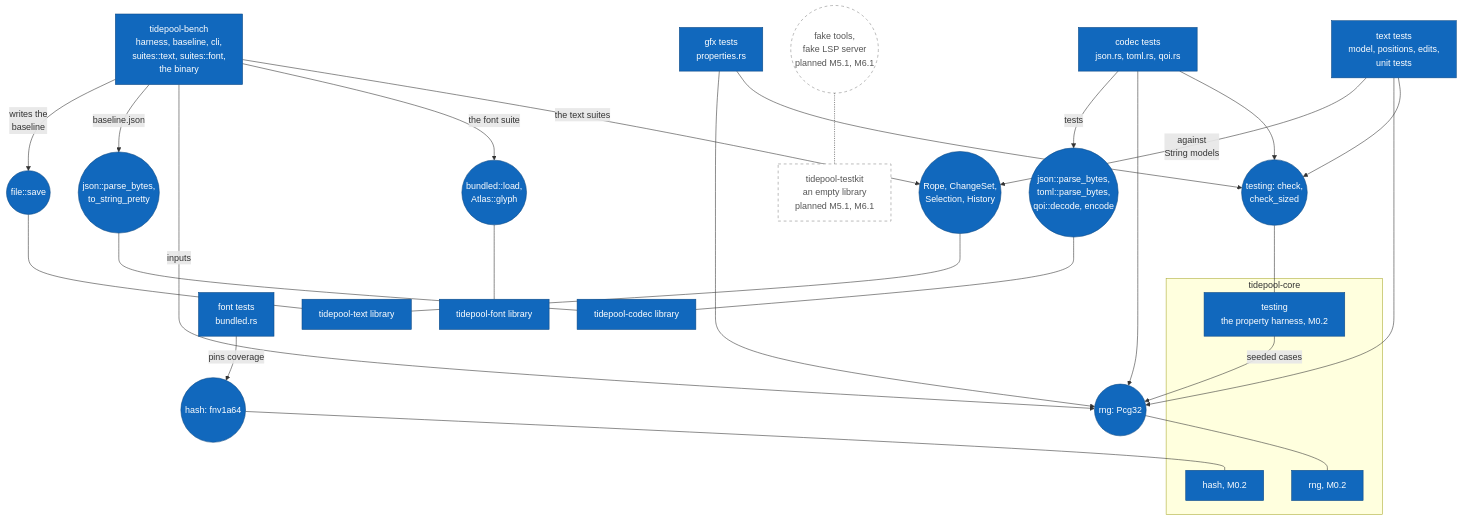
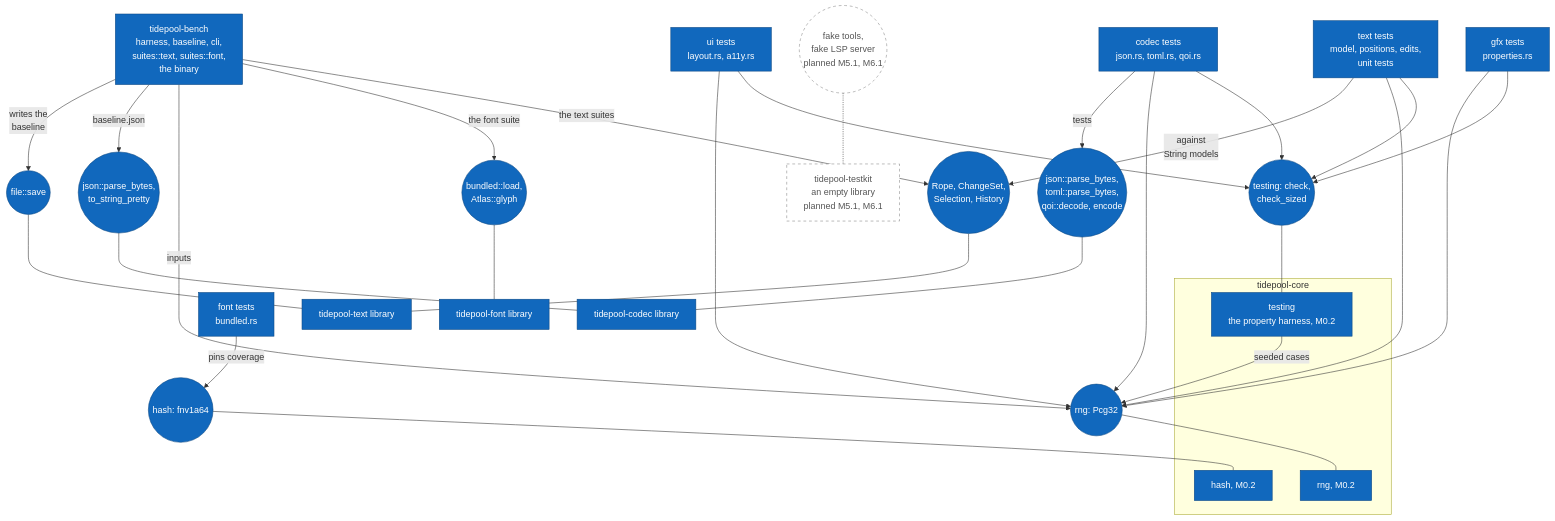
Before and after one commit to jabbott-iii/Tidepool: diagram 21 of 21 in diagrams/component-diagrams.md, drawn with Mermaid. The commit also changed other lines of this file and 32 other files, not shown here.

````diff
--- a/diagrams/component-diagrams.md
+++ b/diagrams/component-diagrams.md
@@ -1235,61 +1242,64 @@
 ```mermaid
 flowchart TB
     c_ctests["codec tests<br/>json.rs, toml.rs, qoi.rs"]
     c_ttests["text tests<br/>model, positions, edits,<br/>unit tests"]
     c_gtests["gfx tests<br/>properties.rs"]
     c_ftests["font tests<br/>bundled.rs"]
+    c_utests["ui tests<br/>layout.rs, a11y.rs"]
     c_bench["tidepool-bench<br/>harness, baseline, cli,<br/>suites::text, suites::font,<br/>the binary"]
 
     i_check(("testing: check,<br/>check_sized"))
     i_pcg(("rng: Pcg32"))
     i_cparse(("json::parse_bytes,<br/>toml::parse_bytes,<br/>qoi::decode, encode"))
     i_tall(("Rope, ChangeSet,<br/>Selection, History"))
     i_bjson(("json::parse_bytes,<br/>to_string_pretty"))
     i_save(("file::save"))
     i_sha(("hash: fnv1a64"))
     i_fill(("bundled::load,<br/>Atlas::glyph"))
 
     subgraph sg_core["tidepool-core"]
         c_testing["testing<br/>the property harness, M0.2"]
         c_rng["rng, M0.2"]
         c_hash["hash, M0.2"]
     end
     c_codec["tidepool-codec library"]
     c_text["tidepool-text library"]
     c_font6["tidepool-font library"]
 
     c_testkit["tidepool-testkit<br/>an empty library<br/>planned M5.1, M6.1"]
     i_fakes(("fake tools,<br/>fake LSP server<br/>planned M5.1, M6.1"))
 
     c_ctests --> i_check
     c_ctests --> i_pcg
     c_ctests -->|"tests"| i_cparse
     c_ttests --> i_check
     c_ttests --> i_pcg
     c_ttests -->|"against<br/>String models"| i_tall
     c_gtests --> i_check
     c_gtests --> i_pcg
     c_ftests -->|"pins coverage"| i_sha
+    c_utests --> i_check
+    c_utests --> i_pcg
     c_bench -->|"the text suites"| i_tall
     c_bench -->|"the font suite"| i_fill
     c_bench -->|"inputs"| i_pcg
     c_bench -->|"baseline.json"| i_bjson
     c_bench -->|"writes the<br/>baseline"| i_save
 
     i_check --- c_testing
     c_testing -->|"seeded cases"| i_pcg
     i_pcg --- c_rng
     i_sha --- c_hash
     i_cparse --- c_codec
     i_bjson --- c_codec
     i_tall --- c_text
     i_save --- c_text
     i_fill --- c_font6
     i_fakes -.- c_testkit
 
     classDef built fill:#1168bd,stroke:#0b4884,color:#ffffff
     classDef planned fill:#ffffff,stroke:#888888,stroke-dasharray: 5 5,color:#555555
-    class c_ctests,c_ttests,c_gtests,c_ftests,c_bench,c_testing,c_rng,c_hash,c_codec,c_text,c_font6 built
+    class c_ctests,c_ttests,c_gtests,c_ftests,c_utests,c_bench,c_testing,c_rng,c_hash,c_codec,c_text,c_font6 built
     class i_check,i_pcg,i_cparse,i_tall,i_bjson,i_save,i_sha,i_fill built
     class c_testkit,i_fakes planned
 ```
````
